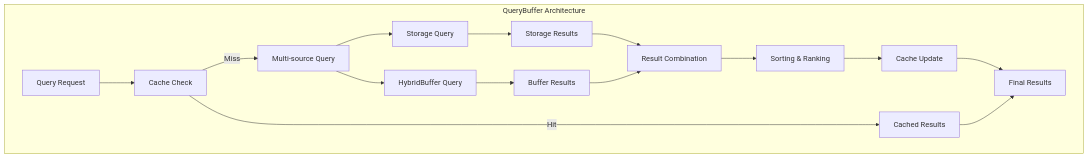
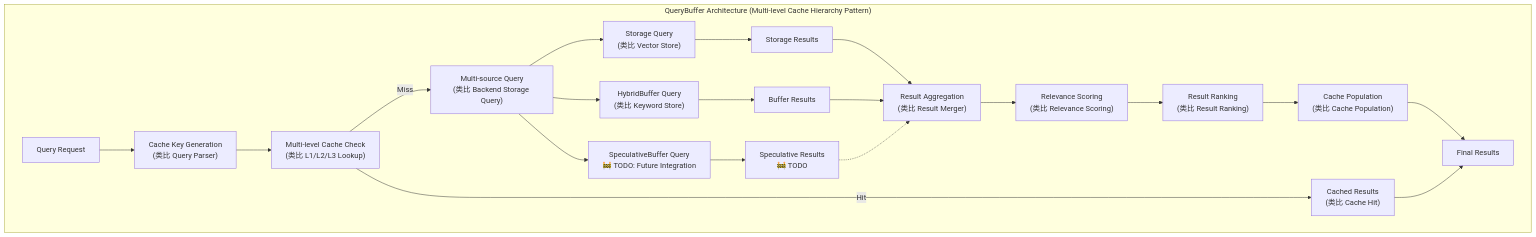
One commit to memfuse/memfuse changed diagram 13 of 24 in docs/architecture/buffer.md. Above: the diagram before and after it, drawn with Mermaid. The commit also changed other lines of this file and 2 other files, not shown here.

First line of the commit message:
docs(architecture): integrate computer caching principles into buffer design

````diff
--- a/docs/architecture/buffer.md
+++ b/docs/architecture/buffer.md
@@ -175,21 +508,26 @@
 ```mermaid
 graph TB
-    subgraph "QueryBuffer Architecture"
-        A[Query Request] --> B[Cache Check]
-        B -->|Hit| C[Cached Results]
-        B -->|Miss| D[Multi-source Query]
-        
-        D --> E[Storage Query]
-        D --> F[HybridBuffer Query]
-        
-        E --> G[Storage Results]
-        F --> H[Buffer Results]
-        
-        G --> I[Result Combination]
-        H --> I
-        I --> J[Sorting & Ranking]
-        J --> K[Cache Update]
-        K --> L[Final Results]
-        C --> L
+    subgraph "QueryBuffer Architecture (Multi-level Cache Hierarchy Pattern)"
+        A[Query Request] --> B["Cache Key Generation<br/>(类比 Query Parser)"]
+        B --> C["Multi-level Cache Check<br/>(类比 L1/L2/L3 Lookup)"]
+        C -->|Hit| D["Cached Results<br/>(类比 Cache Hit)"]
+        C -->|Miss| E["Multi-source Query<br/>(类比 Backend Storage Query)"]
+
+        E --> F["Storage Query<br/>(类比 Vector Store)"]
+        E --> G["HybridBuffer Query<br/>(类比 Keyword Store)"]
+        E --> H["SpeculativeBuffer Query<br/>🚧 TODO: Future Integration"]
+
+        F --> I[Storage Results]
+        G --> J[Buffer Results]
+        H --> K["Speculative Results<br/>🚧 TODO"]
+
+        I --> L["Result Aggregation<br/>(类比 Result Merger)"]
+        J --> L
+        K -.-> L
+        L --> M["Relevance Scoring<br/>(类比 Relevance Scoring)"]
+        M --> N["Result Ranking<br/>(类比 Result Ranking)"]
+        N --> O["Cache Population<br/>(类比 Cache Population)"]
+        O --> P[Final Results]
+        D --> P
     end
 ```
````
